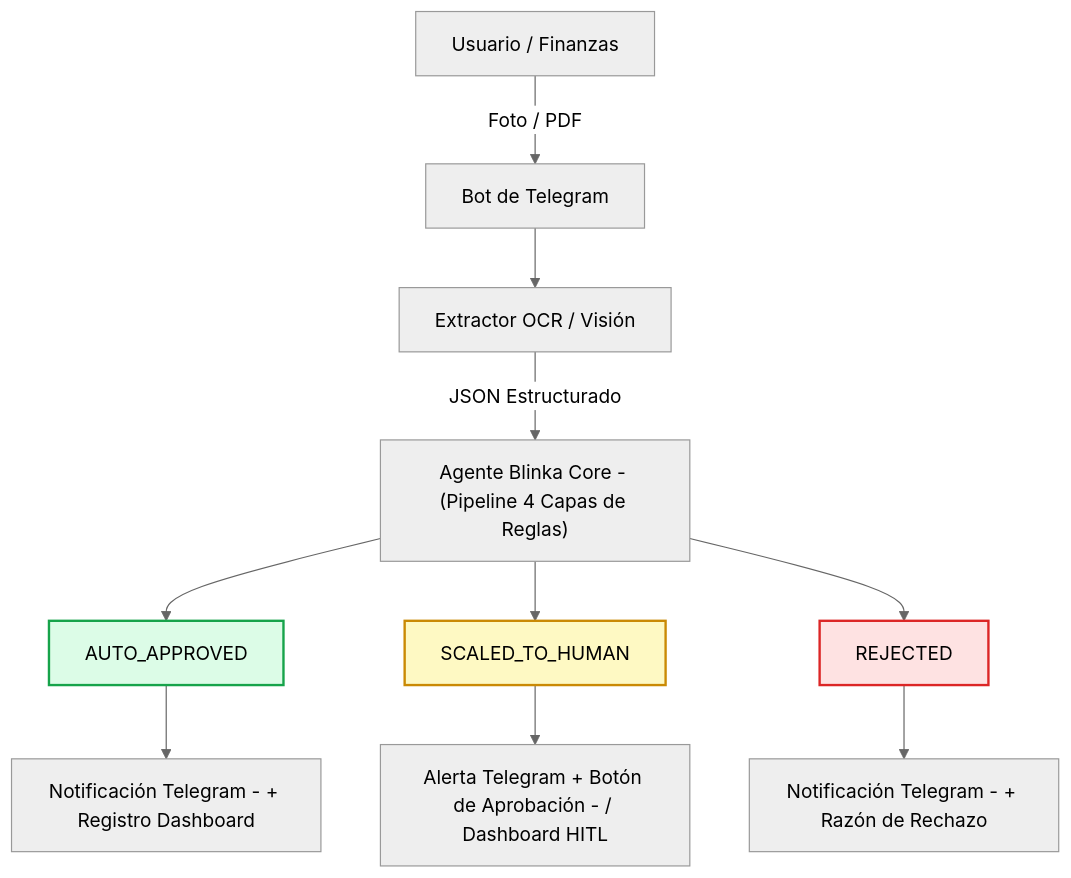
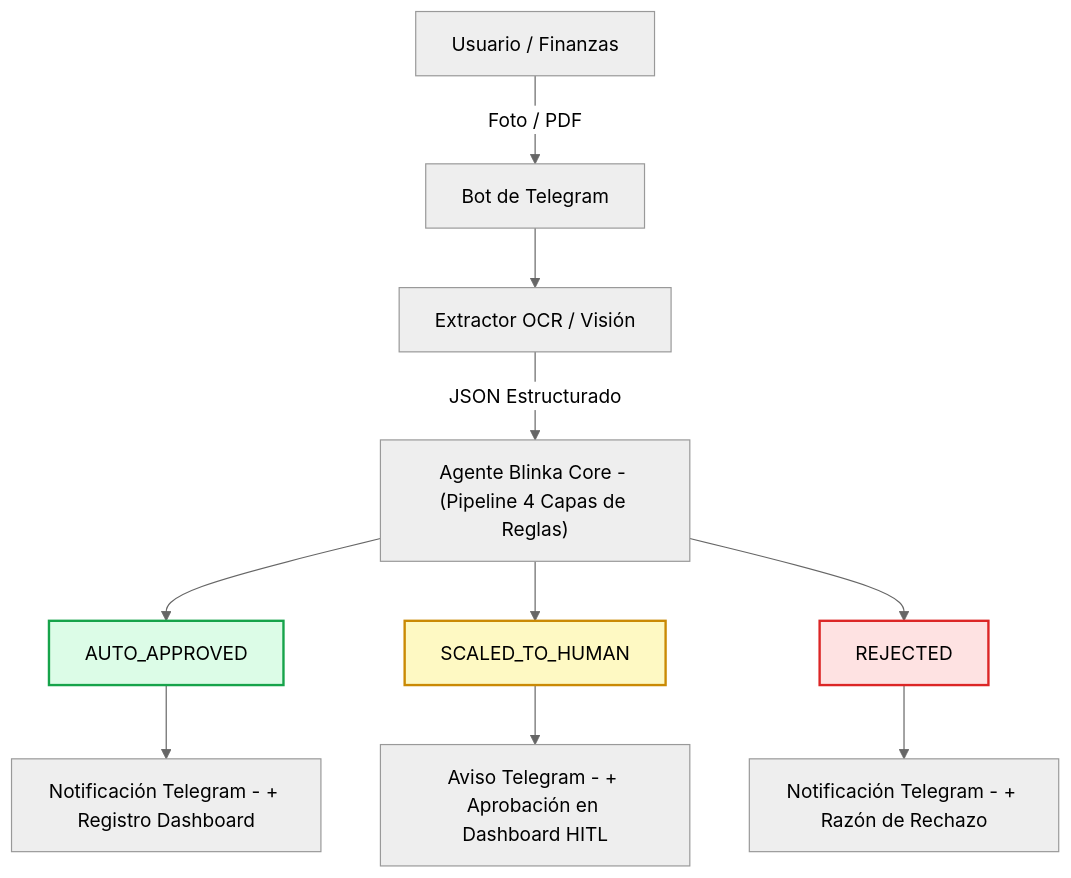
Before and after one commit to Oriojas/30X_404_team: the diagram in docs/especificaciones/especificacion_solucion.md, drawn with Mermaid (neutral theme). The commit also changed other lines of this file and 43 other files, not shown here.

````diff
--- a/docs/especificaciones/especificacion_solucion.md
+++ b/docs/especificaciones/especificacion_solucion.md
@@ -8,18 +8,18 @@
 ```mermaid
 flowchart TD
     User["Usuario / Finanzas"] -->|"Foto / PDF"| Telegram["Bot de Telegram"]
     Telegram --> OCR["Extractor OCR / Visión"]
     OCR -->|"JSON Estructurado"| Core["Agente Blinka Core - (Pipeline 4 Capas de Reglas)"]
 
     Core --> Approved["AUTO_APPROVED"]
     Core --> Scaled["SCALED_TO_HUMAN"]
     Core --> Rejected["REJECTED"]
 
     Approved --> ActApproved["Notificación Telegram - + Registro Dashboard"]
-    Scaled --> ActScaled["Alerta Telegram + Botón de Aprobación - / Dashboard HITL"]
+    Scaled --> ActScaled["Aviso Telegram - + Aprobación en Dashboard HITL"]
     Rejected --> ActRejected["Notificación Telegram - + Razón de Rechazo"]
 
     style Approved fill:#dcfce7,stroke:#16a34a,stroke-width:2px
     style Scaled fill:#fef9c3,stroke:#ca8a04,stroke-width:2px
     style Rejected fill:#fee2e2,stroke:#dc2626,stroke-width:2px
 ```
````
